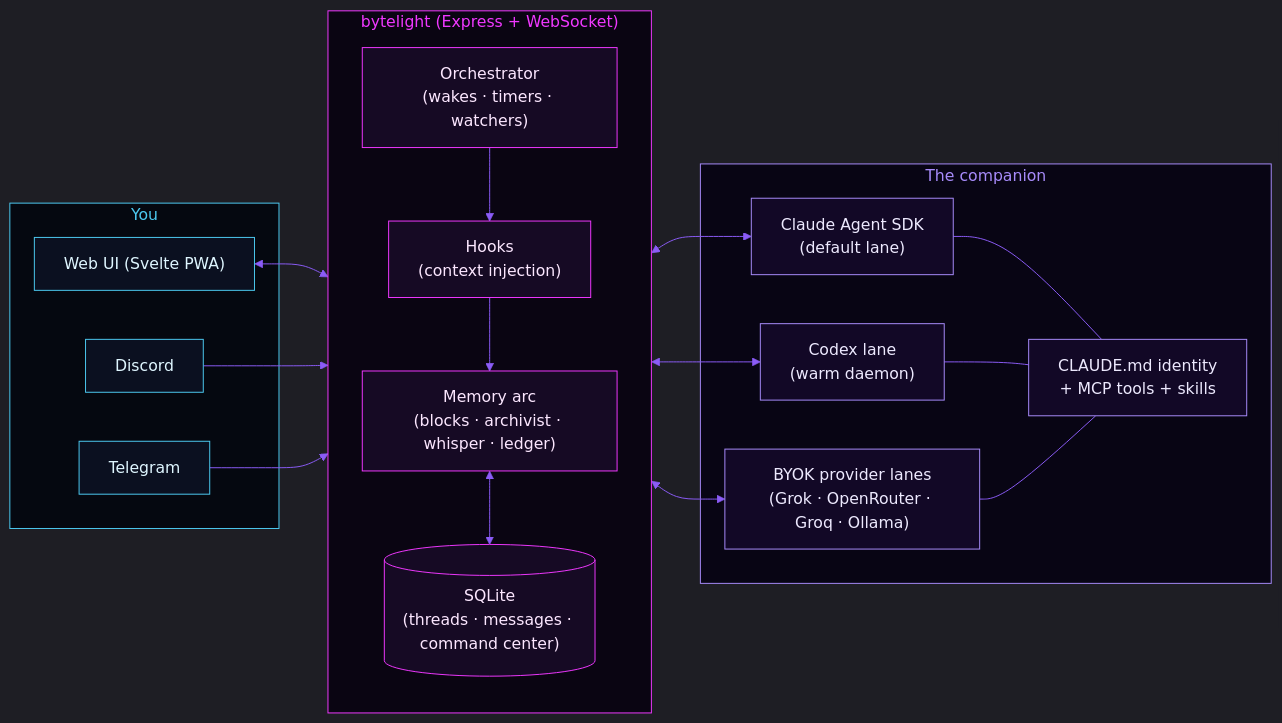
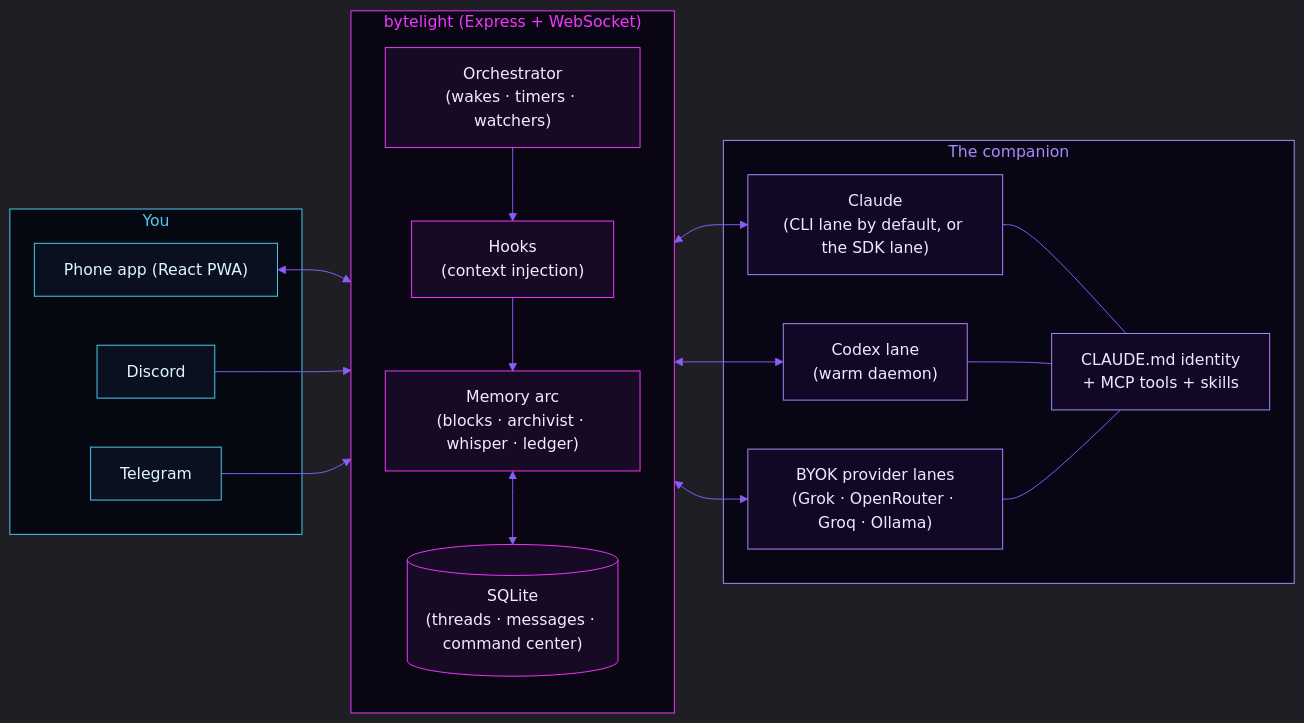
The diagram in README.md (kaydartistry-maker/bytelight-public), drawn with Mermaid before and after one commit. The commit also changed other lines of this file and 3 other files, not shown here.

````diff
--- a/README.md
+++ b/README.md
@@ -106,46 +107,46 @@
 ```mermaid
 %%{init: {'theme':'dark','themeVariables':{'lineColor':'#8b5cf6','textColor':'#e8e3f5'}}}%%
 flowchart LR
     subgraph You
-        UI["Web UI (Svelte PWA)"]
+        UI["Phone app (React PWA)"]
         DC["Discord"]
         TG["Telegram"]
     end
 
     subgraph bytelight["bytelight (Express + WebSocket)"]
         ORCH["Orchestrator<br/>(wakes · timers · watchers)"]
         HOOKS["Hooks<br/>(context injection)"]
         MEM["Memory arc<br/>(blocks · archivist · whisper · ledger)"]
         DB[("SQLite<br/>(threads · messages · command center)")]
     end
 
     subgraph Companion["The companion"]
-        SDK["Claude Agent SDK<br/>(default lane)"]
+        SDK["Claude<br/>(CLI lane by default, or the SDK lane)"]
         CODEX["Codex lane<br/>(warm daemon)"]
         BYOK["BYOK provider lanes<br/>(Grok · OpenRouter · Groq · Ollama)"]
         ID["CLAUDE.md identity<br/>+ MCP tools + skills"]
     end
 
     UI <--> bytelight
     DC --> bytelight
     TG --> bytelight
     bytelight <--> SDK
     bytelight <--> CODEX
     bytelight <--> BYOK
     SDK --- ID
     CODEX --- ID
     BYOK --- ID
     ORCH --> HOOKS
     HOOKS --> MEM
     MEM <--> DB
 
     classDef you fill:#0b1020,stroke:#4cc9f0,color:#dff6ff
     classDef core fill:#160a24,stroke:#f038ff,color:#fce7ff
     classDef comp fill:#120826,stroke:#a78bfa,color:#ede9fe
     class UI,DC,TG you
     class ORCH,HOOKS,MEM,DB core
     class SDK,CODEX,BYOK,ID comp
     style You fill:#050810,stroke:#4cc9f0,color:#4cc9f0
     style bytelight fill:#0a0512,stroke:#f038ff,color:#f038ff
     style Companion fill:#080514,stroke:#a78bfa,color:#a78bfa
 ```
````
